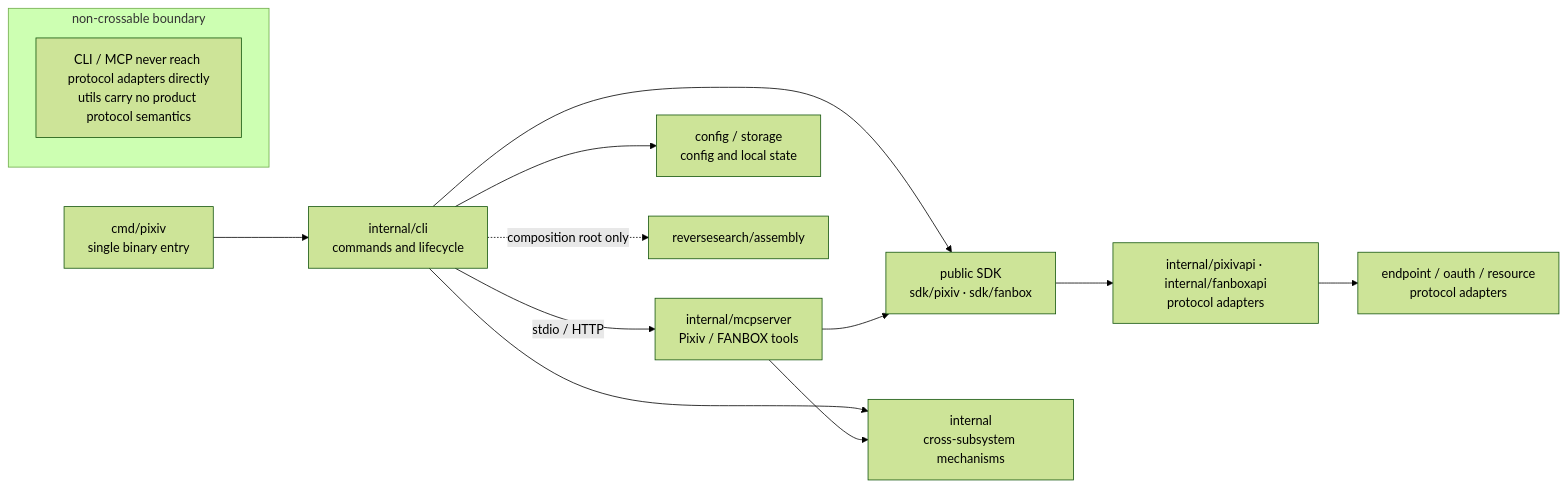
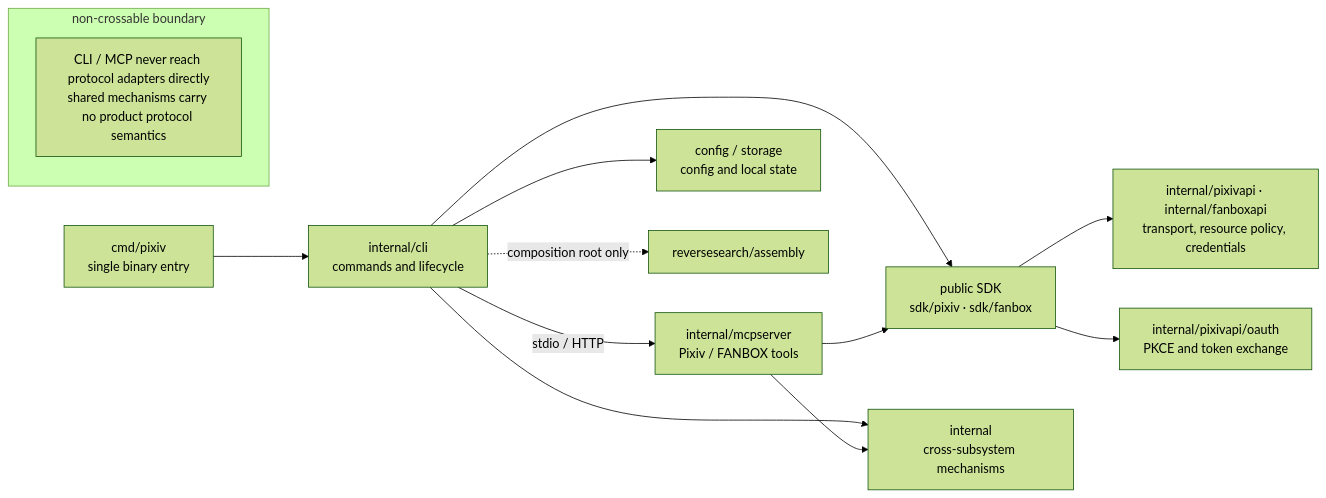
One commit to FlanChanXwO/pixiv-cli changed the first of 5 diagrams in docs/en/maintainers/architecture.md. Above: the diagram before and after it, drawn with Mermaid (forest theme). The commit also changed other lines of this file and 10 other files, not shown here.

````diff
--- a/docs/en/maintainers/architecture.md
+++ b/docs/en/maintainers/architecture.md
@@ -5,17 +5,17 @@
 ```mermaid
 flowchart LR
     ENTRY["cmd/pixiv<br/>single binary entry"] --> CLI["internal/cli<br/>commands and lifecycle"]
     CLI -->|"stdio / HTTP"| MCP["internal/mcpserver<br/>Pixiv / FANBOX tools"]
     CLI --> SDK["public SDK<br/>sdk/pixiv · sdk/fanbox"]
     MCP --> SDK
-    SDK --> FACADE["internal/pixivapi · internal/fanboxapi<br/>protocol adapters"]
-    FACADE --> ADAPTER["endpoint / oauth / resource<br/>protocol adapters"]
+    SDK --> API["internal/pixivapi · internal/fanboxapi<br/>transport, resource policy, credentials"]
+    SDK --> OAUTH["internal/pixivapi/oauth<br/>PKCE and token exchange"]
     CLI --> SHARED["internal<br/>cross-subsystem mechanisms"]
     MCP --> SHARED
     CLI --> STATE["config / storage<br/>config and local state"]
     CLI -.->|"composition root only"| RSA["reversesearch/assembly"]
 
     subgraph boundary["non-crossable boundary"]
-        RULE["CLI / MCP never reach protocol adapters directly<br/>utils carry no product protocol semantics"]
+        RULE["CLI / MCP never reach protocol adapters directly<br/>shared mechanisms carry no product protocol semantics"]
     end
 ```
````
